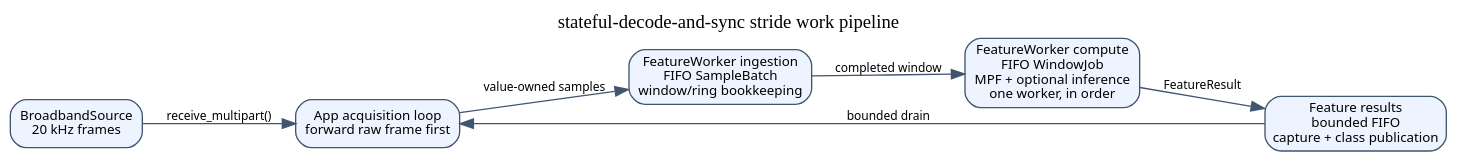
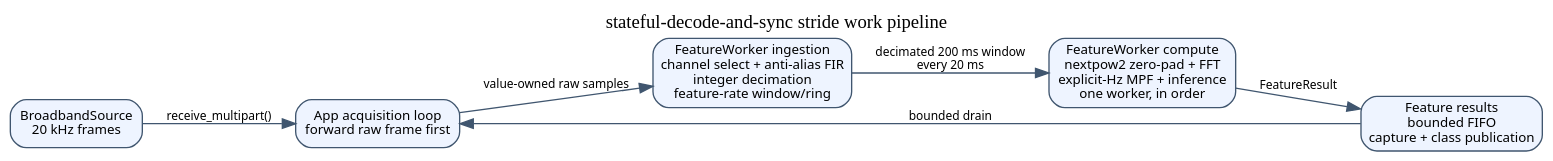
Before and after one commit to Neuro-Mechatronics-Interfaces/ScienceXYZ: the diagram in apps/stateful-decode-and-sync/docs/feature-worker-pipeline.dot, drawn with Graphviz. The commit also changed 11 other files, not shown here.

```diff
--- a/apps/stateful-decode-and-sync/docs/feature-worker-pipeline.dot
+++ b/apps/stateful-decode-and-sync/docs/feature-worker-pipeline.dot
@@ -1,19 +1,19 @@
 digraph feature_worker_pipeline {
   graph [rankdir=LR, bgcolor="transparent", labelloc=t,
          label="stateful-decode-and-sync stride work pipeline"];
   node [shape=box, style="rounded,filled", fontname=" sans", fontsize=10,
         color="#40566f", fillcolor="#eef4ff"];
   edge [color="#40566f", fontname=" sans", fontsize=9];
 
   source [label="BroadbandSource\n20 kHz frames"];
   acquisition [label="App acquisition loop\nforward raw frame first"];
-  ingest [label="FeatureWorker ingestion\nFIFO SampleBatch\nwindow/ring bookkeeping"];
-  compute [label="FeatureWorker compute\nFIFO WindowJob\nMPF + optional inference\none worker, in order"];
+  ingest [label="FeatureWorker ingestion\nchannel select + anti-alias FIR\ninteger decimation\nfeature-rate window/ring"];
+  compute [label="FeatureWorker compute\nnextpow2 zero-pad + FFT\nexplicit-Hz MPF + inference\none worker, in order"];
   results [label="Feature results\nbounded FIFO\ncapture + class publication"];
 
   source -> acquisition [label="receive_multipart()"];
-  acquisition -> ingest [label="value-owned samples"];
-  ingest -> compute [label="completed window"];
+  acquisition -> ingest [label="value-owned raw samples"];
+  ingest -> compute [label="decimated 200 ms window\nevery 20 ms"];
   compute -> results [label="FeatureResult"];
   results -> acquisition [label="bounded drain"];
 }
```
